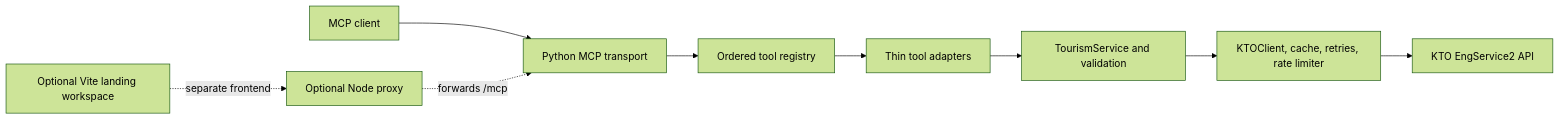
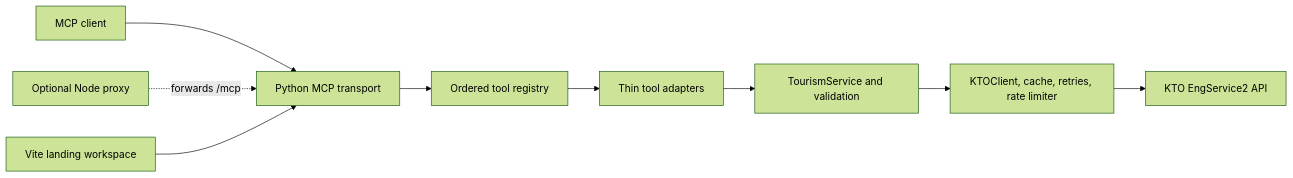
Before and after one commit to leejaew/visitkorea-mcp: the diagram in README.md, drawn with Mermaid (forest theme). The commit also changed other lines of this file and 9 other files, not shown here.

````diff
--- a/README.md
+++ b/README.md
@@ -48,12 +49,12 @@
 ```mermaid
 flowchart LR
     Client[MCP client] --> Transport[Python MCP transport]
     Transport --> Registry[Ordered tool registry]
     Registry --> Tools[Thin tool adapters]
     Tools --> Service[TourismService and validation]
     Service --> ClientLayer[KTOClient, cache, retries, rate limiter]
     ClientLayer --> KTO[KTO EngService2 API]
 
     Optional[Optional Node proxy] -. forwards /mcp .-> Transport
-    Landing[Optional Vite landing workspace] -. separate frontend .-> Optional
+    Landing[Vite landing workspace] --> Transport
 ```
````
